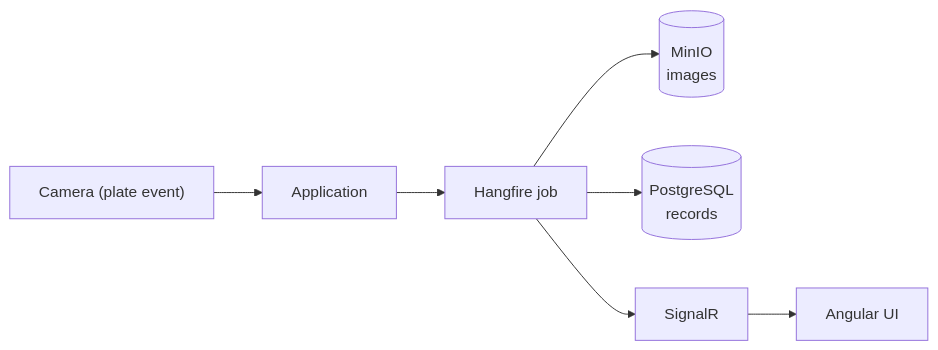
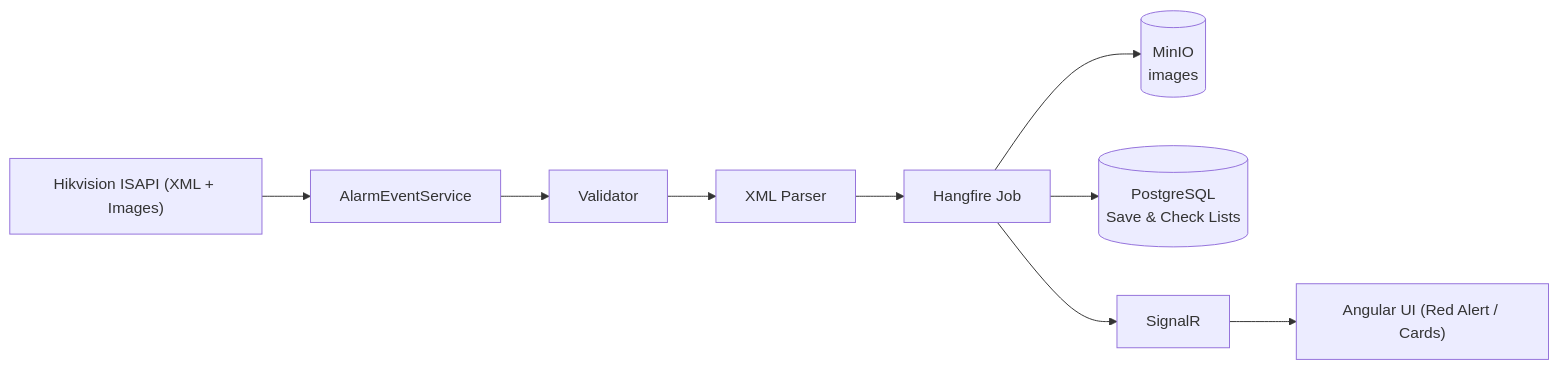
The second of 2 diagrams in README.md (mehmetc44/plaka-goz), drawn with Mermaid before and after one commit. The commit also changed other lines of this file and 8 other files, not shown here.

````diff
--- a/README.md
+++ b/README.md
@@ -48,9 +55,11 @@
 ```mermaid
 flowchart LR
-    E["Camera (plate event)"] --> F["Application"]
-    F --> G["Hangfire job"]
+    E["Hikvision ISAPI (XML + Images)"] --> F["AlarmEventService"]
+    F --> V["Validator"]
+    V --> P["XML Parser"]
+    P --> G["Hangfire Job"]
     G --> H[("MinIO<br/>images")]
-    G --> I[("PostgreSQL<br/>records")]
+    G --> I[("PostgreSQL<br/>Save & Check Lists")]
     G --> J["SignalR"]
-    J --> K["Angular UI"]
+    J --> K["Angular UI (Red Alert / Cards)"]
 ```
````
